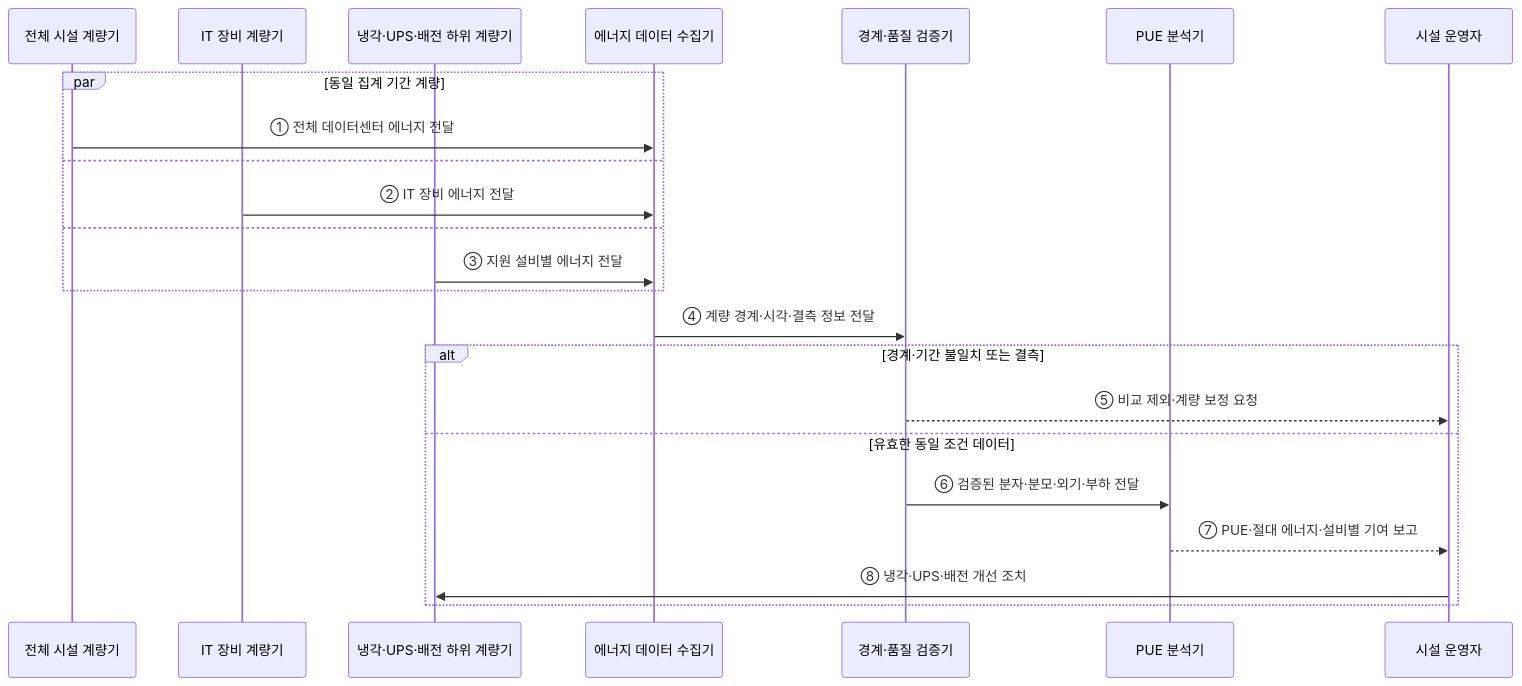
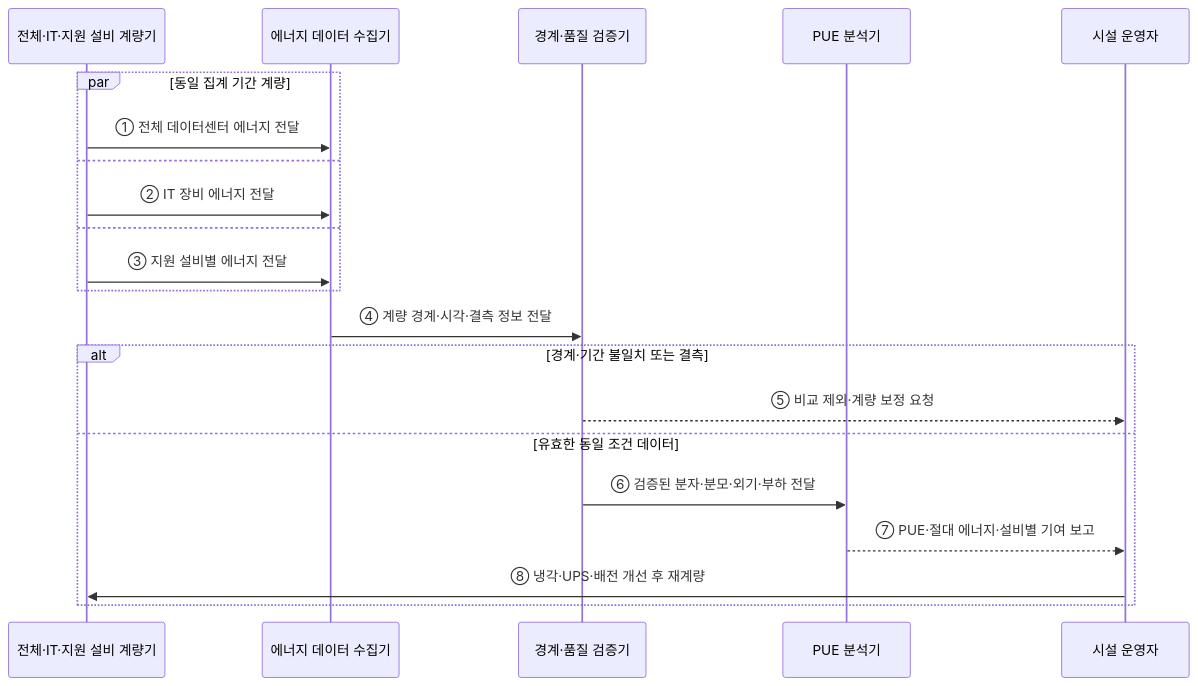
The second of 2 diagrams in src/content/docs/notes/02-hardware/058_power_usage_effectiveness.md (agnusdei1207/knowledge-base), drawn with Mermaid before and after one commit. The commit also changed other lines of this file and 20 other files, not shown here.

````diff
--- a/src/content/docs/notes/02-hardware/058_power_usage_effectiveness.md
+++ b/src/content/docs/notes/02-hardware/058_power_usage_effectiveness.md
@@ -90,26 +81,24 @@
 ```mermaid
 sequenceDiagram
-    participant T as 전체 시설 계량기
-    participant I as IT 장비 계량기
-    participant S as 냉각·UPS·배전 하위 계량기
+    participant E as 전체·IT·지원 설비 계량기
     participant C as 에너지 데이터 수집기
     participant V as 경계·품질 검증기
     participant A as PUE 분석기
     participant O as 시설 운영자
 
     par 동일 집계 기간 계량
-        T->>C: ① 전체 데이터센터 에너지 전달
+        E->>C: ① 전체 데이터센터 에너지 전달
     and
-        I->>C: ② IT 장비 에너지 전달
+        E->>C: ② IT 장비 에너지 전달
     and
-        S->>C: ③ 지원 설비별 에너지 전달
+        E->>C: ③ 지원 설비별 에너지 전달
     end
     C->>V: ④ 계량 경계·시각·결측 정보 전달
     alt 경계·기간 불일치 또는 결측
         V-->>O: ⑤ 비교 제외·계량 보정 요청
     else 유효한 동일 조건 데이터
         V->>A: ⑥ 검증된 분자·분모·외기·부하 전달
         A-->>O: ⑦ PUE·절대 에너지·설비별 기여 보고
-        O->>S: ⑧ 냉각·UPS·배전 개선 조치
+        O->>E: ⑧ 냉각·UPS·배전 개선 후 재계량
     end
 ```
````
